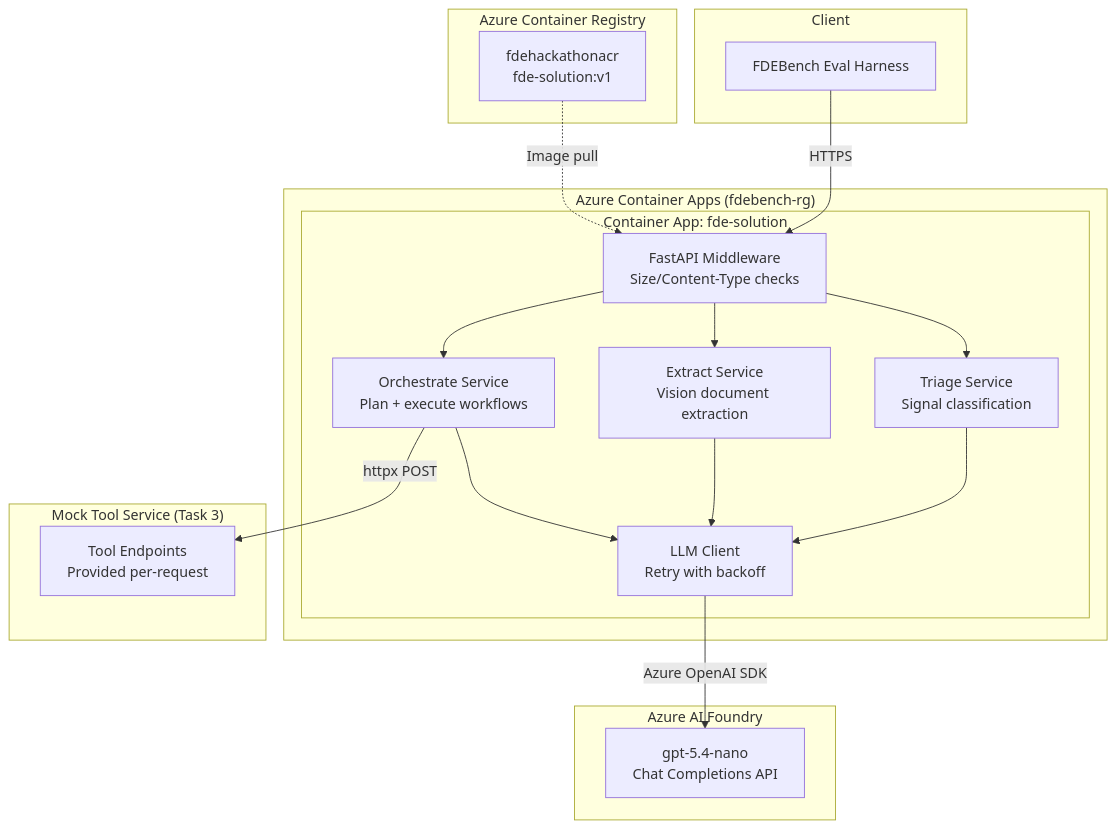
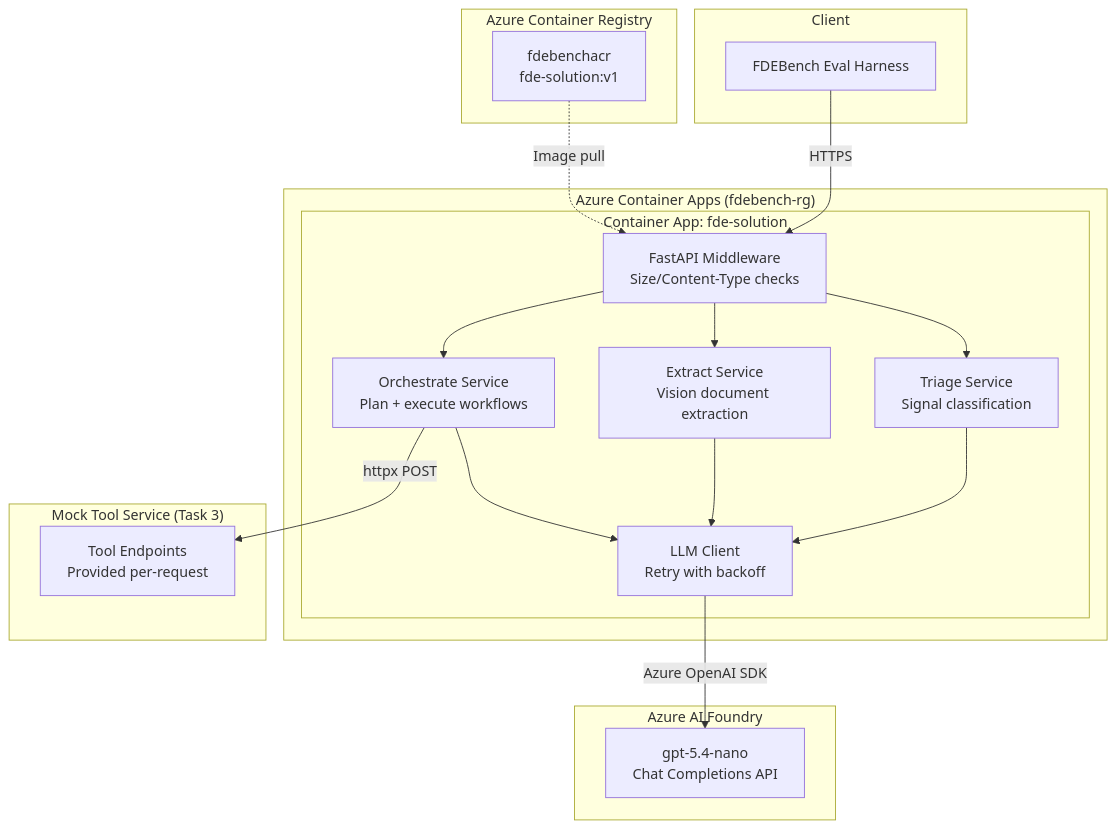
The first of 2 diagrams in docs/architecture.md (shailendra7033/fde-bench-hackathon), drawn with Mermaid before and after one commit. The commit also changed other lines of this file and 8 other files, not shown here.

````diff
--- a/docs/architecture.md
+++ b/docs/architecture.md
@@ -11,39 +11,39 @@
 ```mermaid
 graph TB
     subgraph Client
         EH[FDEBench Eval Harness]
     end
 
     subgraph "Azure Container Apps (fdebench-rg)"
         subgraph "Container App: fde-solution"
             FW[FastAPI Middleware<br/>Size/Content-Type checks]
             T1[Triage Service<br/>Signal classification]
             T2[Extract Service<br/>Vision document extraction]
             T3[Orchestrate Service<br/>Plan + execute workflows]
             LLM_C[LLM Client<br/>Retry with backoff]
         end
     end
 
     subgraph "Azure AI Foundry"
         AOAI[gpt-5.4-nano<br/>Chat Completions API]
     end
 
     subgraph "Azure Container Registry"
-        ACR[fdehackathonacr<br/>fde-solution:v1]
+        ACR[fdebenchacr<br/>fde-solution:v1]
     end
 
     subgraph "Mock Tool Service (Task 3)"
         TOOLS[Tool Endpoints<br/>Provided per-request]
     end
 
     EH -->|HTTPS| FW
     FW --> T1
     FW --> T2
     FW --> T3
     T1 --> LLM_C
     T2 --> LLM_C
     T3 --> LLM_C
     LLM_C -->|Azure OpenAI SDK| AOAI
     T3 -->|httpx POST| TOOLS
     ACR -.->|Image pull| FW
 ```
````
